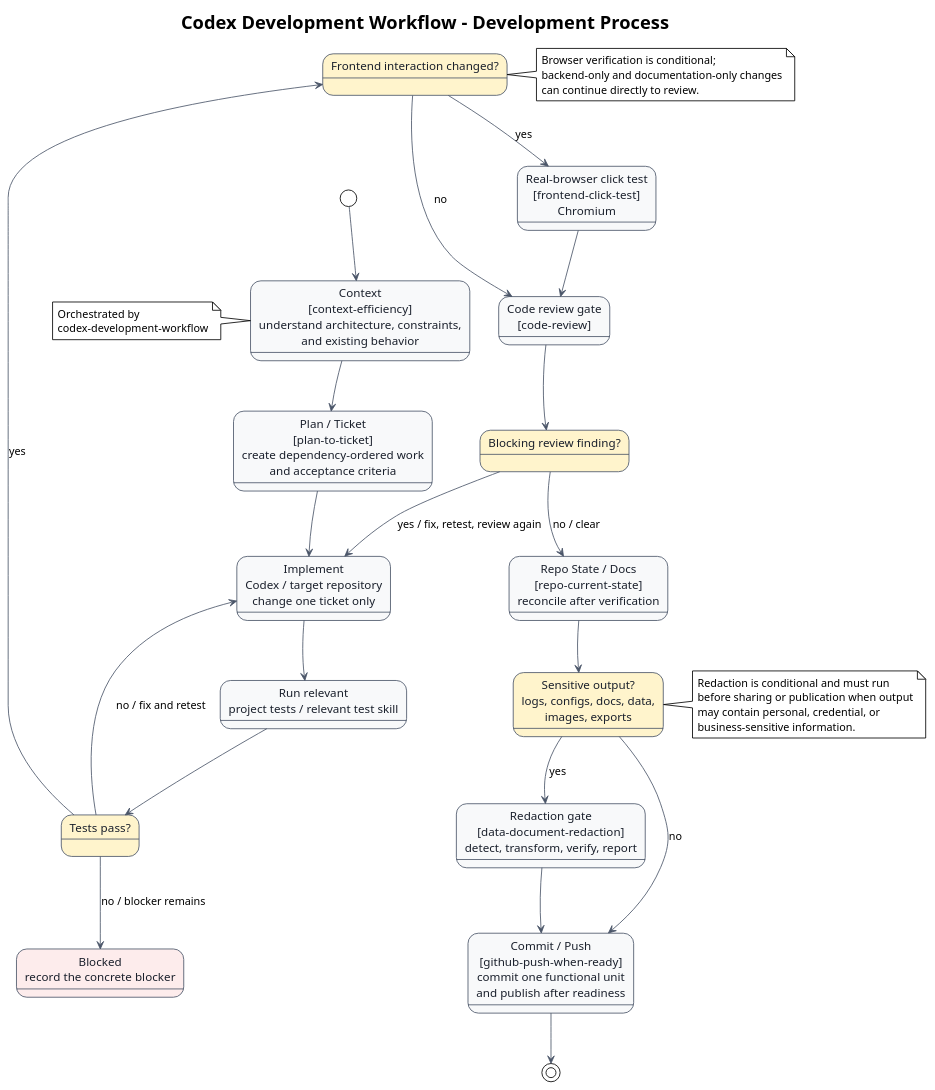
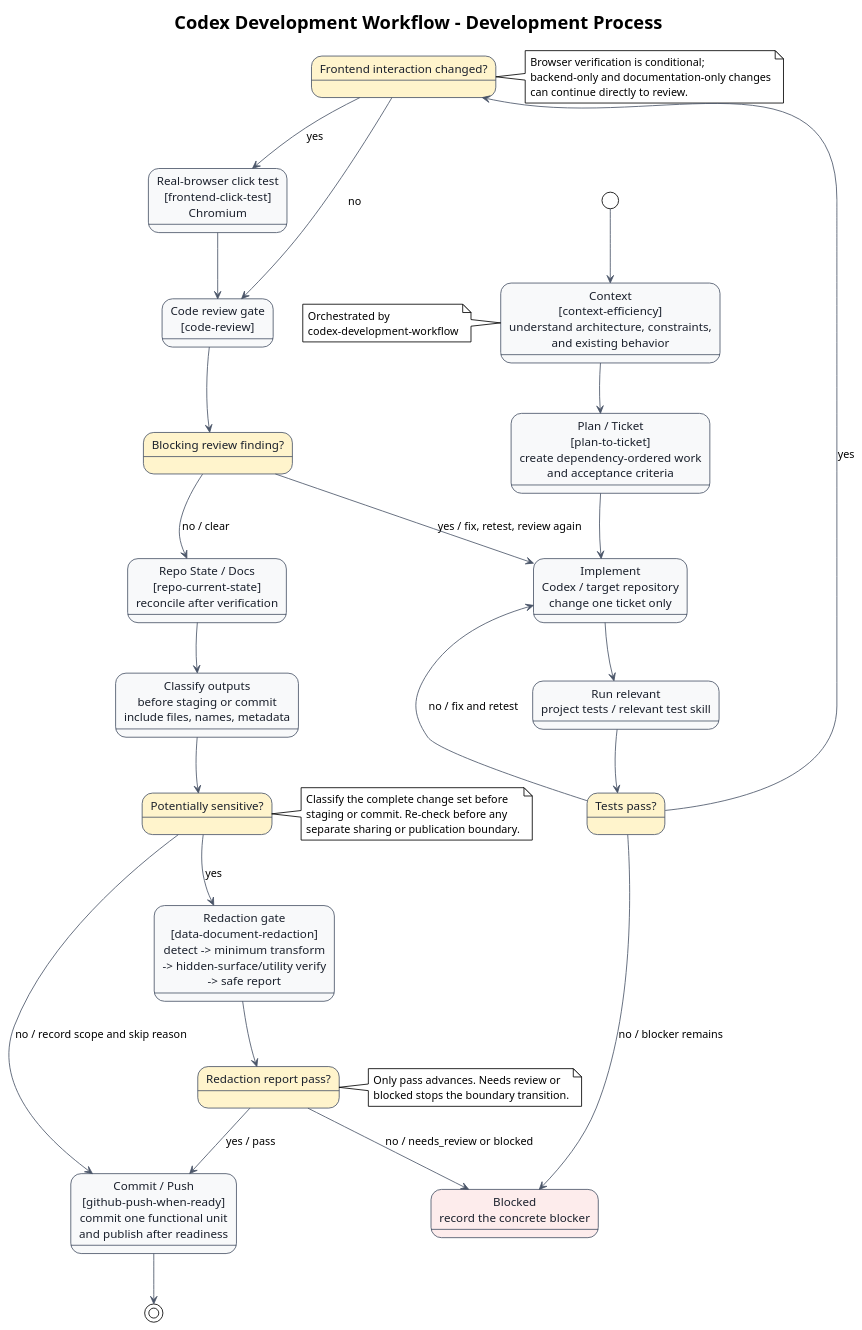
The diagram in docs/diagrams/architecture.puml (i-zrhe2016/codex-development-workflow), drawn with PlantUML before and after one commit. The commit also changed 6 other files, not shown here.

```diff
--- a/docs/diagrams/architecture.puml
+++ b/docs/diagrams/architecture.puml
@@ -1,80 +1,91 @@
 @startuml
 !theme plain
 top to bottom direction
 skinparam backgroundColor #FFFFFF
 skinparam defaultFontName Arial
 skinparam ArrowColor #4A5568
 skinparam state {
   BackgroundColor #F8F9FA
   BorderColor #4A5568
   FontColor #1A202C
 }
 
 title Codex Development Workflow - Development Process
 
 state "Context\n[context-efficiency]\nunderstand architecture, constraints,\nand existing behavior" as context
 state "Plan / Ticket\n[plan-to-ticket]\ncreate dependency-ordered work\nand acceptance criteria" as plan
 state "Implement\nCodex / target repository\nchange one ticket only" as implement
 state "Run relevant\nproject tests / relevant test skill" as tests
 state "Tests pass?" as tests_gate #FFF4CC
 state "Frontend interaction changed?" as frontend_gate #FFF4CC
 state "Real-browser click test\n[frontend-click-test]\nChromium" as browser
 state "Code review gate\n[code-review]" as review
 state "Blocking review finding?" as review_gate #FFF4CC
 state "Repo State / Docs\n[repo-current-state]\nreconcile after verification" as repo_state
-state "Sensitive output?\nlogs, configs, docs, data,\nimages, exports" as sensitive_gate #FFF4CC
-state "Redaction gate\n[data-document-redaction]\ndetect, transform, verify, report" as redaction
+state "Classify outputs\nbefore staging or commit\ninclude files, names, metadata" as classify
+state "Potentially sensitive?" as sensitive_gate #FFF4CC
+state "Redaction gate\n[data-document-redaction]\ndetect -> minimum transform\n-> hidden-surface/utility verify\n-> safe report" as redaction
+state "Redaction report pass?" as redaction_gate #FFF4CC
 state "Commit / Push\n[github-push-when-ready]\ncommit one functional unit\nand publish after readiness" as publish
 state "Blocked\nrecord the concrete blocker" as blocked #FDECEC
 
 [*] --> context
 context --> plan
 plan --> implement
 implement --> tests
 tests --> tests_gate
 tests_gate --> frontend_gate : yes
 tests_gate --> implement : no / fix and retest
 tests_gate --> blocked : no / blocker remains
 frontend_gate --> browser : yes
 frontend_gate --> review : no
 browser --> review
 review --> review_gate
 review_gate --> repo_state : no / clear
 review_gate --> implement : yes / fix, retest, review again
-repo_state --> sensitive_gate
+repo_state --> classify
+classify --> sensitive_gate
 sensitive_gate --> redaction : yes
-sensitive_gate --> publish : no
-redaction --> publish
+sensitive_gate --> publish : no / record scope and skip reason
+redaction --> redaction_gate
+redaction_gate --> publish : yes / pass
+redaction_gate --> blocked : no / needs_review or blocked
 publish --> [*]
 
 context -[hidden]down-> plan
 plan -[hidden]down-> implement
 implement -[hidden]down-> tests
 tests -[hidden]down-> tests_gate
 tests_gate -[hidden]down-> frontend_gate
 frontend_gate -[hidden]down-> review
 review -[hidden]down-> review_gate
 review_gate -[hidden]down-> repo_state
-repo_state -[hidden]down-> sensitive_gate
+repo_state -[hidden]down-> classify
+classify -[hidden]down-> sensitive_gate
 sensitive_gate -[hidden]down-> redaction
+redaction -[hidden]down-> redaction_gate
 redaction -[hidden]down-> publish
 
 note right of frontend_gate
 Browser verification is conditional;
 backend-only and documentation-only changes
 can continue directly to review.
 end note
 
 note right of sensitive_gate
-Redaction is conditional and must run
-before sharing or publication when output
-may contain personal, credential, or
-business-sensitive information.
+Classify the complete change set before
+staging or commit. Re-check before any
+separate sharing or publication boundary.
+end note
+
+note right of redaction_gate
+Only pass advances. Needs review or
+blocked stops the boundary transition.
 end note
 
 note left of context
 Orchestrated by
 codex-development-workflow
 end note
 
 @enduml
```
